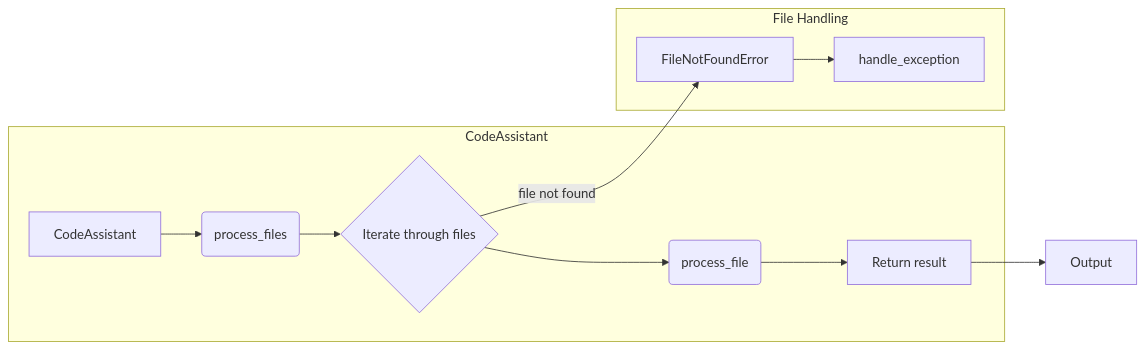
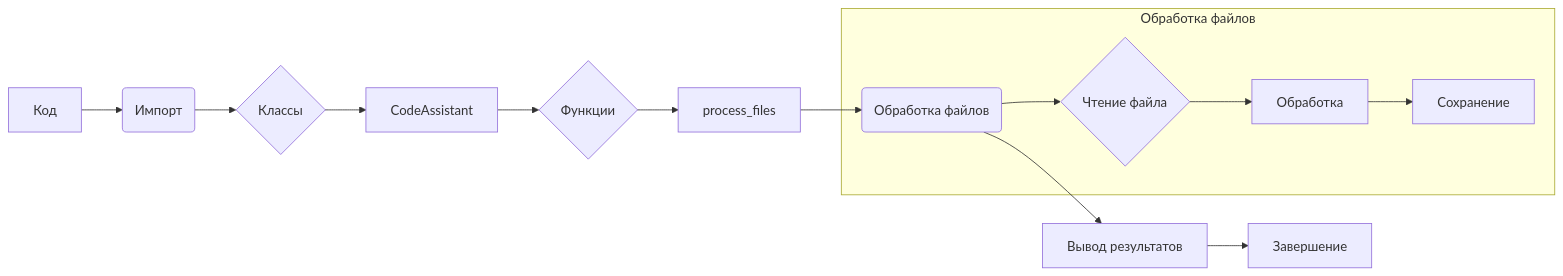
Before and after one commit to hypo69/hypo: the second of 2 diagrams in docs/gemini/ru/explainer/src/ai/prompts/developer/doc_writer_rst_he.md, drawn with Mermaid. The commit also changed other lines of this file and 877 other files, not shown here.

````diff
--- a/docs/gemini/ru/explainer/src/ai/prompts/developer/doc_writer_rst_he.md
+++ b/docs/gemini/ru/explainer/src/ai/prompts/developer/doc_writer_rst_he.md
@@ -36,14 +42,16 @@
 ```mermaid
 graph LR
-    subgraph CodeAssistant
-        A[CodeAssistant] --> B(process_files);
-        B --> C{Iterate through files};
-        C --> D(process_file);
-        D --> E[Return result];
+    A[Код] --> B(Импорт);
+    B --> C{Классы};
+    C --> D[CodeAssistant];
+    D --> E{Функции};
+    E --> F[process_files];
+    F --> G(Обработка файлов);
+    G --> H[Вывод результатов];
+    subgraph Обработка файлов
+        G --> I{Чтение файла};
+        I --> J[Обработка];
+        J --> K[Сохранение];
     end
-    subgraph File Handling
-        C -- file not found --> F[FileNotFoundError];
-        F --> G[handle_exception];
-    end
-    E --> H[Output];
+    H --> L[Завершение];
 ```
````
